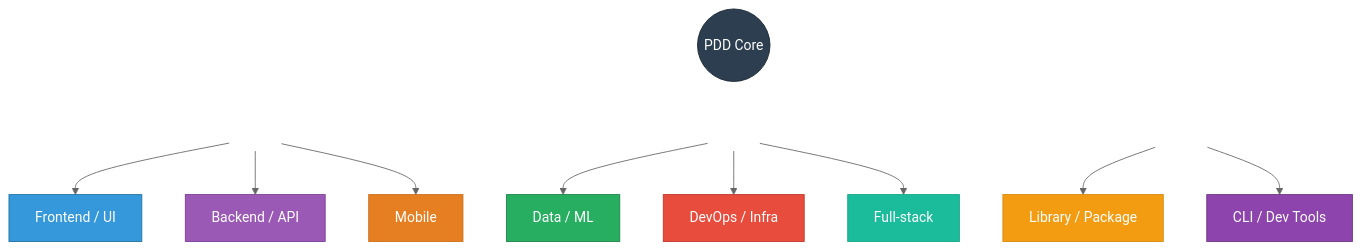
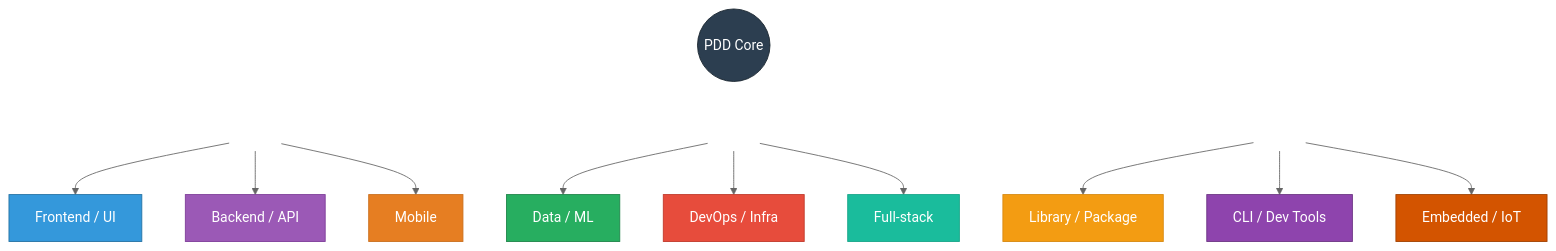
Before and after one commit to harshal2802/pdd-skill: the third of 5 diagrams in docs/philosophy.md, drawn with Mermaid (neutral theme). The commit also changed other lines of this file and 5 other files, not shown here.

````diff
--- a/docs/philosophy.md
+++ b/docs/philosophy.md
@@ -113,34 +113,36 @@
 ```mermaid
 graph TD
     PDD((PDD Core))
 
     PDD --> row1[ ] & row2[ ] & row3[ ]
 
     row1 --> FE["Frontend / UI"]
     row1 --> BE["Backend / API"]
     row1 --> MO["Mobile"]
 
     row2 --> DA["Data / ML"]
     row2 --> DO["DevOps / Infra"]
     row2 --> FS["Full-stack"]
 
     row3 --> LB["Library / Package"]
     row3 --> CL["CLI / Dev Tools"]
+    row3 --> EM["Embedded / IoT"]
 
     style row1 fill:none,stroke:none
     style row2 fill:none,stroke:none
     style row3 fill:none,stroke:none
     style PDD fill:#2c3e50,stroke:#1a252f,color:#fff
     style FE fill:#3498db,stroke:#2471a3,color:#fff
     style BE fill:#9b59b6,stroke:#7d3c98,color:#fff
     style MO fill:#e67e22,stroke:#ca6f1e,color:#fff
     style DA fill:#27ae60,stroke:#1e8449,color:#fff
     style DO fill:#e74c3c,stroke:#c0392b,color:#fff
     style FS fill:#1abc9c,stroke:#17a589,color:#fff
     style LB fill:#f39c12,stroke:#d68910,color:#fff
     style CL fill:#8e44ad,stroke:#6c3483,color:#fff
+    style EM fill:#d35400,stroke:#a04000,color:#fff
 
     linkStyle 0 stroke:none
     linkStyle 1 stroke:none
     linkStyle 2 stroke:none
 ```
````
